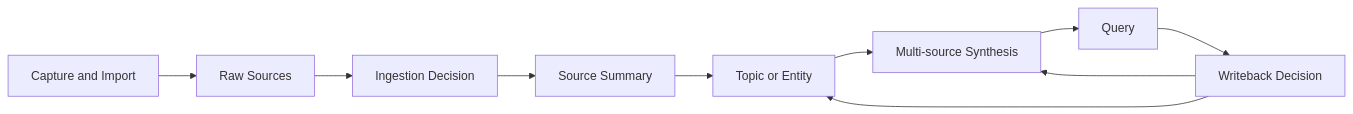
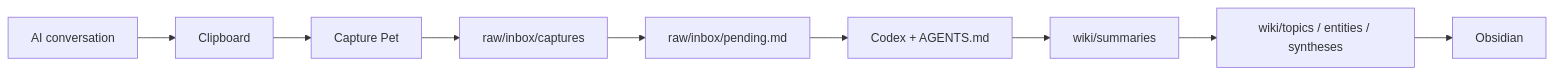
One commit to zykll18/wiki changed the diagram in docs/architecture.md. Above: the diagram before and after it, drawn with Mermaid. The commit also changed other lines of this file and 3 other files, not shown here.

Commit message:
docs: focus project on AI conversation capture

````diff
--- a/docs/architecture.md
+++ b/docs/architecture.md
@@ -5,12 +7,11 @@
 ```mermaid
 flowchart LR
-    A["Capture and Import"] --> B["Raw Sources"]
-    B --> C["Ingestion Decision"]
-    C --> D["Source Summary"]
-    D --> E["Topic or Entity"]
-    E --> F["Multi-source Synthesis"]
-    F --> G["Query"]
-    G --> H["Writeback Decision"]
-    H --> E
-    H --> F
+    A["AI conversation"] --> B["Clipboard"]
+    B --> C["Capture Pet"]
+    C --> D["raw/inbox/captures"]
+    D --> E["raw/inbox/pending.md"]
+    E --> F["Codex + AGENTS.md"]
+    F --> G["wiki/summaries"]
+    G --> H["wiki/topics / entities / syntheses"]
+    H --> I["Obsidian"]
 ```
````
